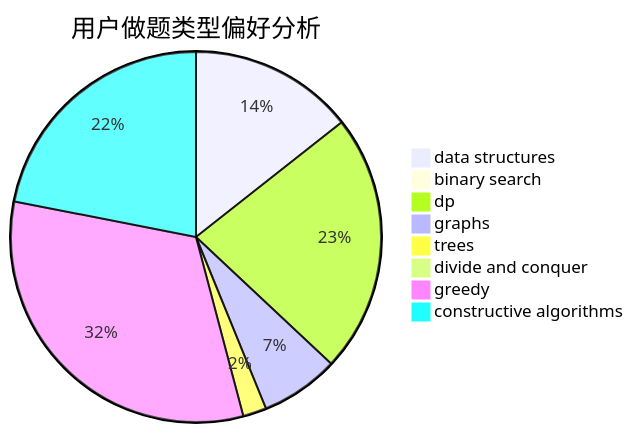
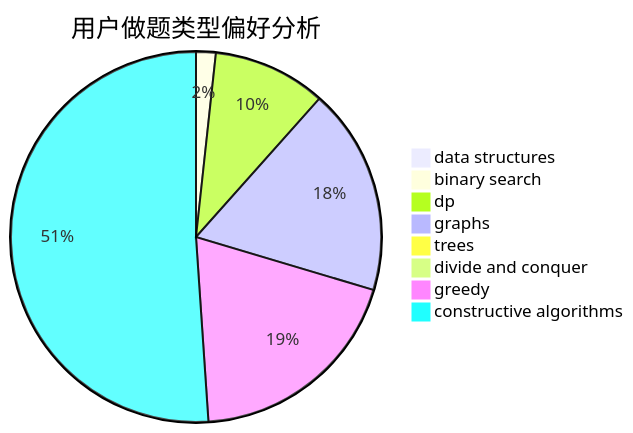
Before and after one commit to sherpahu/cfrs.github.io: the second of 3 diagrams in docs/user/u1438.md, drawn with Mermaid. The commit also changed other lines of this file and 2770 other files, not shown here.

````diff
--- a/docs/user/u1438.md
+++ b/docs/user/u1438.md
@@ -23,11 +23,11 @@
 ```mermaid
 pie title 用户做题类型偏好分析
-    "data structures" :  21
-    "binary search" :  0
-    "dp" :  33
-    "graphs" :  10
-    "trees" :  3
+    "data structures" :  0
+    "binary search" :  4
+    "dp" :  23
+    "graphs" :  42
+    "trees" :  0
     "divide and conquer" :  0
-    "greedy" :  47
-    "constructive algorithms" :  32
+    "greedy" :  45
+    "constructive algorithms" :  119
 ```
````
